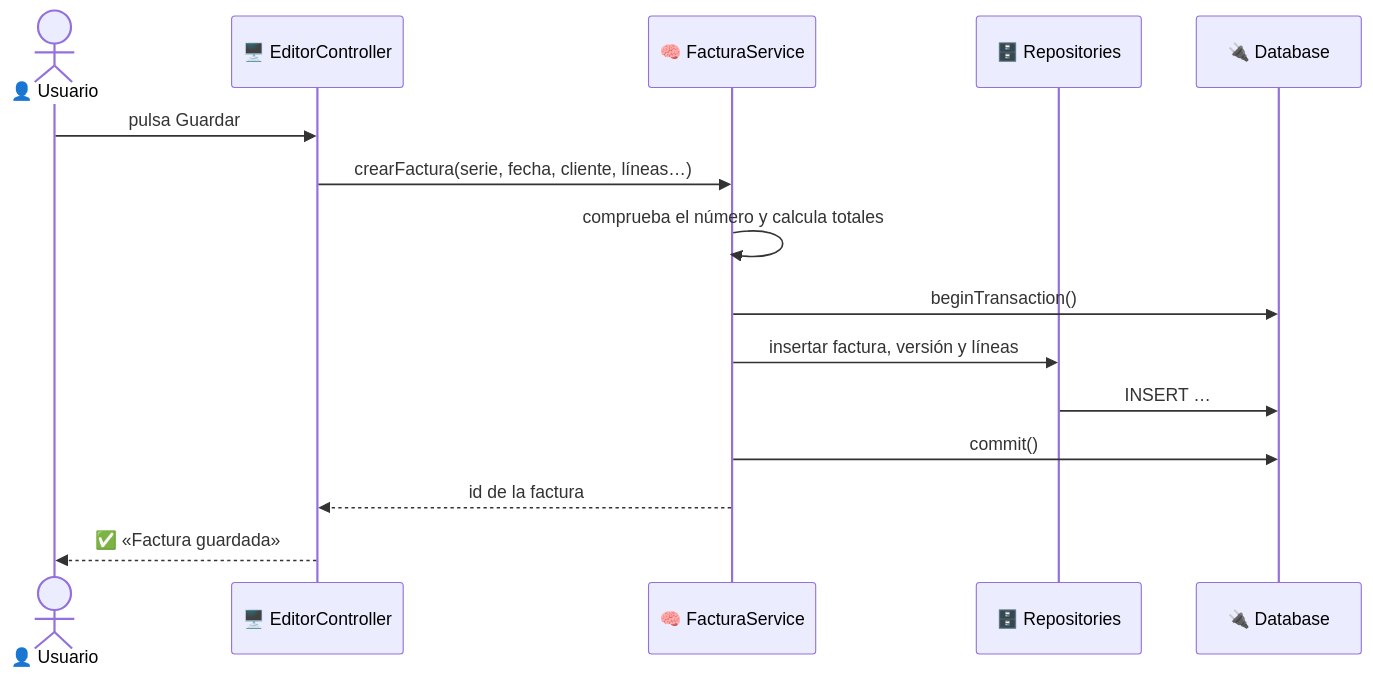
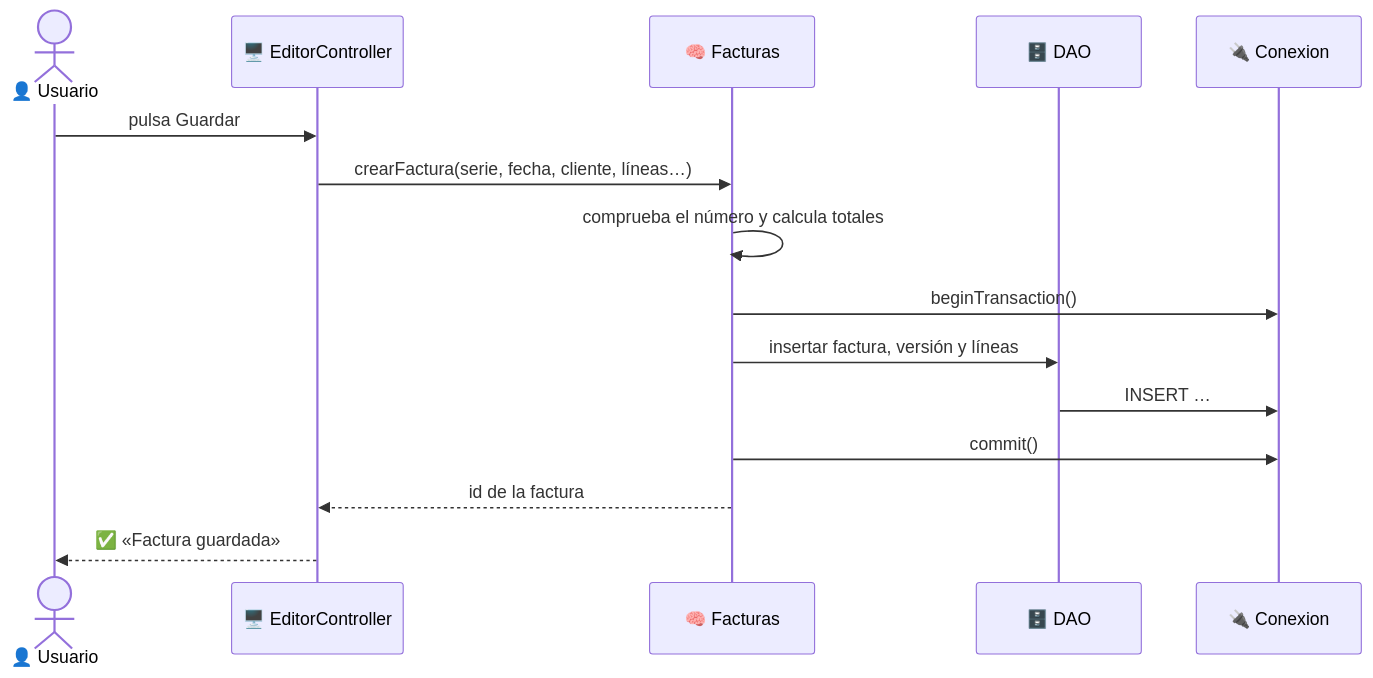
One commit to jribanezgarcia/factura_prueba changed the second of 3 diagrams in docs/tecnico.md. Above: the diagram before and after it, drawn with Mermaid. The commit also changed other lines of this file and 60 other files, not shown here.

````diff
--- a/docs/tecnico.md
+++ b/docs/tecnico.md
@@ -85,18 +95,18 @@
 ```mermaid
 sequenceDiagram
     actor U as 👤 Usuario
     participant P as 🖥️ EditorController
-    participant S as 🧠 FacturaService
-    participant R as 🗄️ Repositories
-    participant D as 🔌 Database
+    participant S as 🧠 Facturas
+    participant R as 🗄️ DAO
+    participant D as 🔌 Conexion
 
     U->>P: pulsa Guardar
     P->>S: crearFactura(serie, fecha, cliente, líneas…)
     S->>S: comprueba el número y calcula totales
     S->>D: beginTransaction()
     S->>R: insertar factura, versión y líneas
     R->>D: INSERT …
     S->>D: commit()
     S-->>P: id de la factura
     P-->>U: ✅ «Factura guardada»
 ```
````
